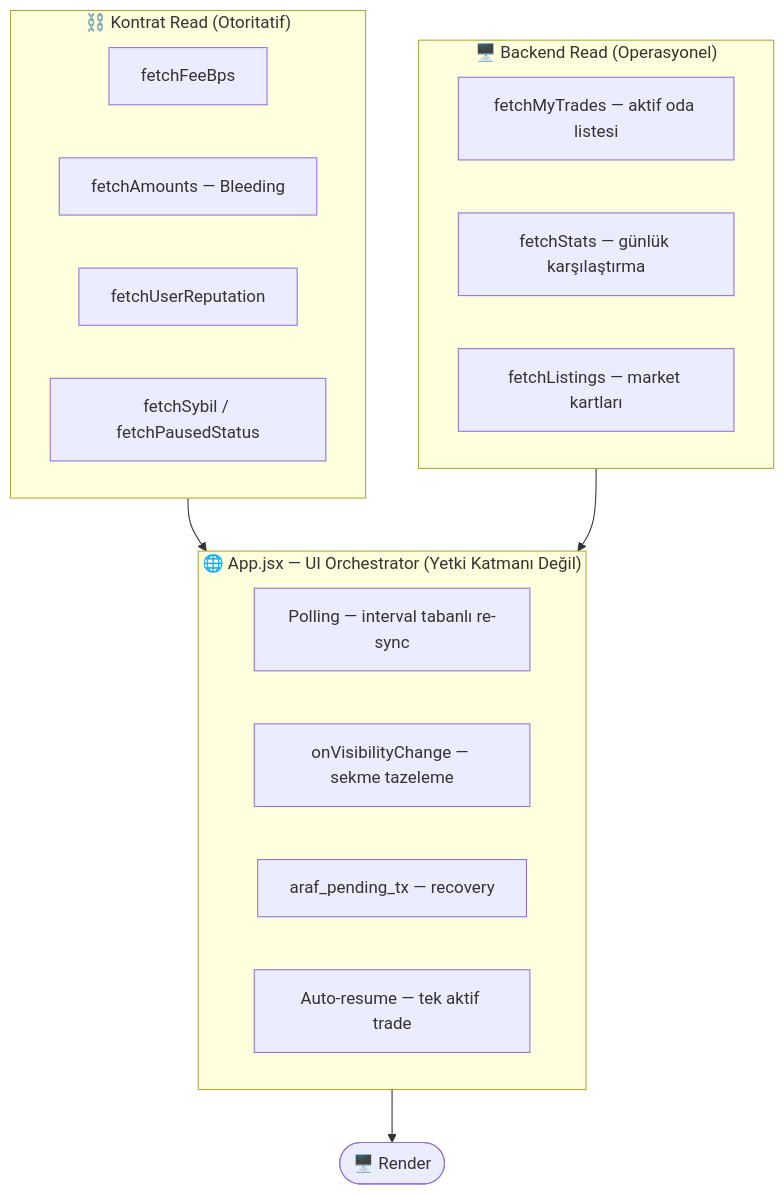
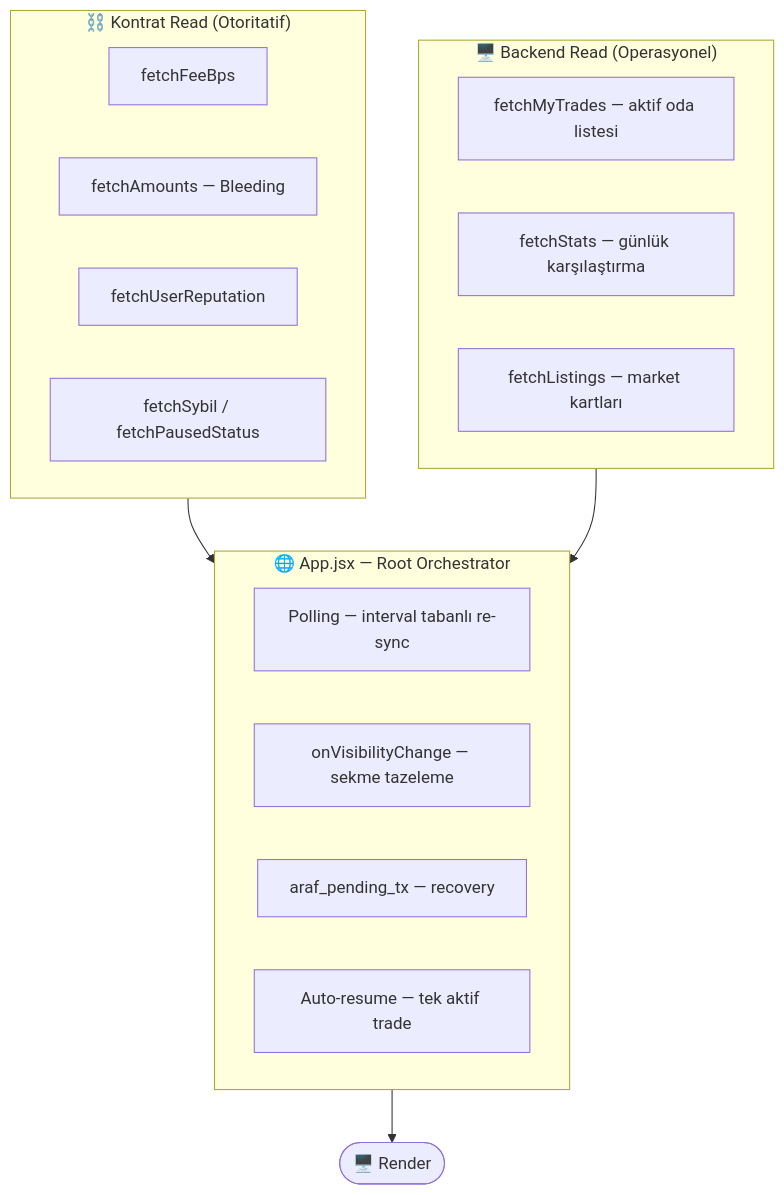
One commit to MyDemir/Araf-Protokol changed the ninth of 9 diagrams in docs/TR/ARCHITECTURE.md. Above: the diagram before and after it, drawn with Mermaid. The commit also changed other lines of this file and 1 other file, not shown here.

Commit message:
revert(docs): rollback architecture documentation updates

````diff
--- a/docs/TR/ARCHITECTURE.md
+++ b/docs/TR/ARCHITECTURE.md
@@ -876,26 +878,26 @@
 ```mermaid
 flowchart TD
     subgraph CONTRACT ["⛓️ Kontrat Read (Otoritatif)"]
         C1[fetchFeeBps]
         C2[fetchAmounts — Bleeding]
         C3[fetchUserReputation]
         C4[fetchSybil / fetchPausedStatus]
     end
 
     subgraph BACKEND ["🖥️ Backend Read (Operasyonel)"]
         B1[fetchMyTrades — aktif oda listesi]
         B2[fetchStats — günlük karşılaştırma]
         B3[fetchListings — market kartları]
     end
 
-    subgraph APP ["🌐 App.jsx — UI Orchestrator (Yetki Katmanı Değil)"]
+    subgraph APP ["🌐 App.jsx — Root Orchestrator"]
         P[Polling — interval tabanlı re-sync]
         V[onVisibilityChange — sekme tazeleme]
         TX[araf_pending_tx — recovery]
         AR[Auto-resume — tek aktif trade]
     end
 
     CONTRACT --> APP
     BACKEND --> APP
     APP --> RENDER([🖥️ Render])
 ```
````
